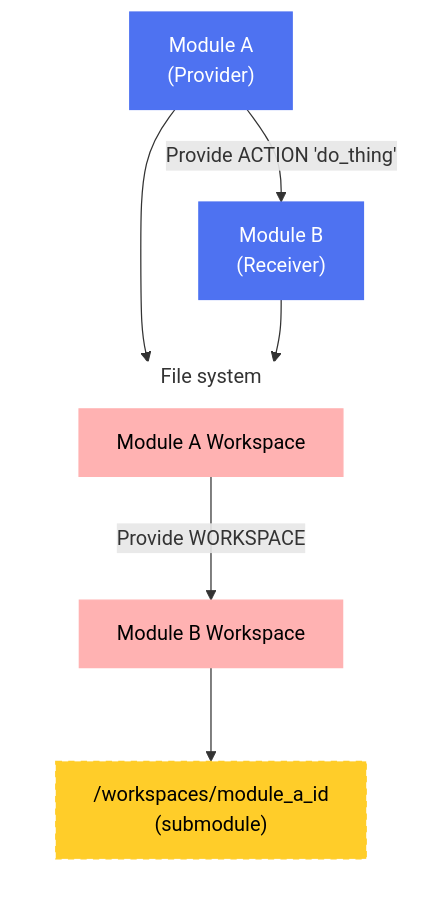
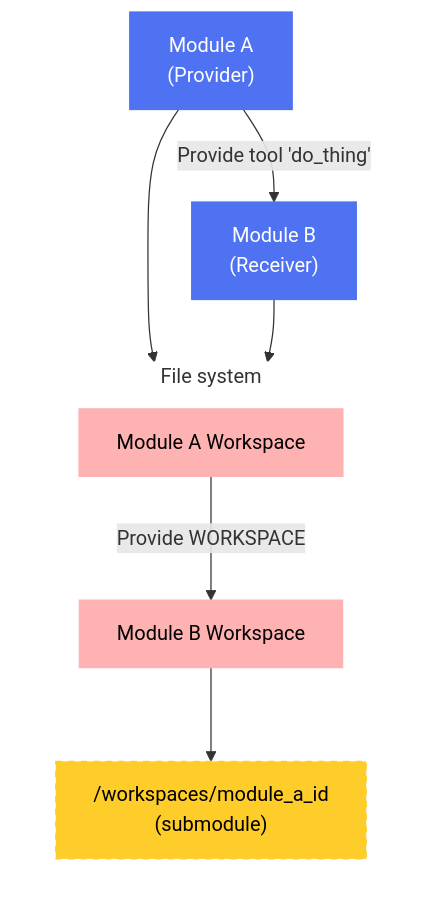
Before and after one commit to genbase-project/genbase: the diagram in docs/content/docs/concepts/relationships-provide.mdx, drawn with Mermaid. The commit also changed other lines of this file and 55 other files, not shown here.

Commit message:
rename action to tool

````diff
--- a/docs/content/docs/concepts/relationships-provide.mdx
+++ b/docs/content/docs/concepts/relationships-provide.mdx
@@ -40,34 +40,34 @@
 ```mermaid
 flowchart TB
     %% Define core modules only
     ModuleA["Module A\n(Provider)"]:::moduleA
     ModuleB["Module B\n(Receiver)"]:::moduleB
     
     %% Provision between modules
-    ModuleA -->|"Provide ACTION 'do_thing'"| ModuleB
+    ModuleA -->|"Provide tool 'do_thing'"| ModuleB
     
     %% Workspace section
     subgraph Workspace["File system"]
         direction TB
         ModuleAWS["Module A Workspace"]:::wsA
         ModuleBWS["Module B Workspace"]:::wsB
         Submodule["/workspaces/module_a_id\n(submodule)"]:::submodule
         
         ModuleAWS -->|"Provide WORKSPACE"| ModuleBWS
         ModuleBWS --> Submodule
     end
     
     %% Connect modules to their workspaces
     ModuleA --> ModuleAWS
     ModuleB --> ModuleBWS
     
     %% Styling to match original theme
     classDef moduleA fill:#4e72f1,color:white,stroke:#4e72f1
     classDef moduleB fill:#4e72f1,color:white,stroke:#4e72f1
     classDef wsA fill:#ffb2b2,color:black,stroke:#ffb2b2
     classDef wsB fill:#ffb2b2,color:black,stroke:#ffb2b2
     classDef submodule fill:#ffcd29,color:black,stroke:#ffcd29,stroke-dasharray: 5 5
 
     %% Setting subgraph style
     style Workspace fill:#ffffff,stroke:#ffffff
 ```
````
